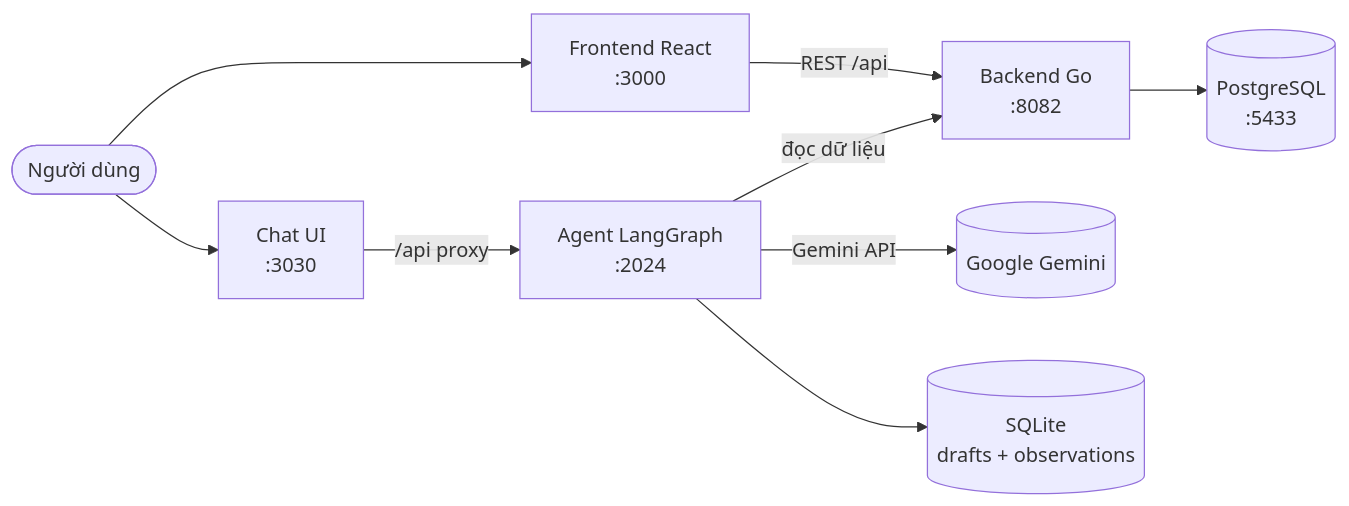
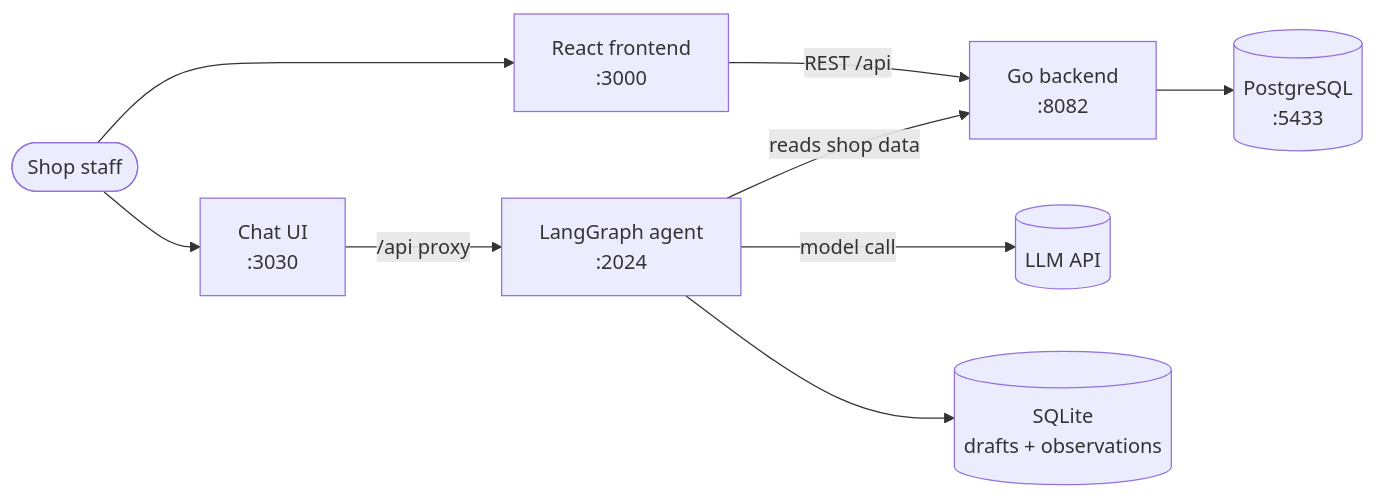
One commit to taphoa-team/taphoa-management changed the diagram in README.md. Above: the diagram before and after it, drawn with Mermaid. The commit also changed other lines of this file, not shown here.

````diff
--- a/README.md
+++ b/README.md
@@ -26,11 +30,11 @@
 ```mermaid
 flowchart LR
-    User([Người dùng]) --> FE[Frontend React<br/>:3000]
+    User([Shop staff]) --> FE[React frontend<br/>:3000]
     User --> CHAT[Chat UI<br/>:3030]
-    FE -->|REST /api| BE[Backend Go<br/>:8082]
-    CHAT -->|/api proxy| AGENT[Agent LangGraph<br/>:2024]
-    AGENT -->|đọc dữ liệu| BE
-    AGENT -->|Gemini API| GEMINI[(Google Gemini)]
+    FE -->|REST /api| BE[Go backend<br/>:8082]
+    CHAT -->|/api proxy| AGENT[LangGraph agent<br/>:2024]
+    AGENT -->|reads shop data| BE
+    AGENT -->|model call| LLM[(LLM API)]
     BE --> DB[(PostgreSQL<br/>:5433)]
     AGENT --> SQLITE[(SQLite<br/>drafts + observations)]
 ```
````
